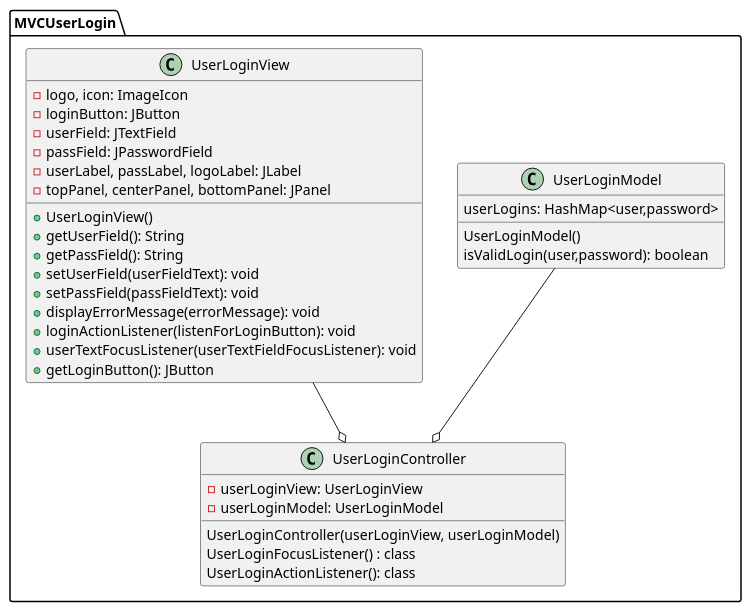
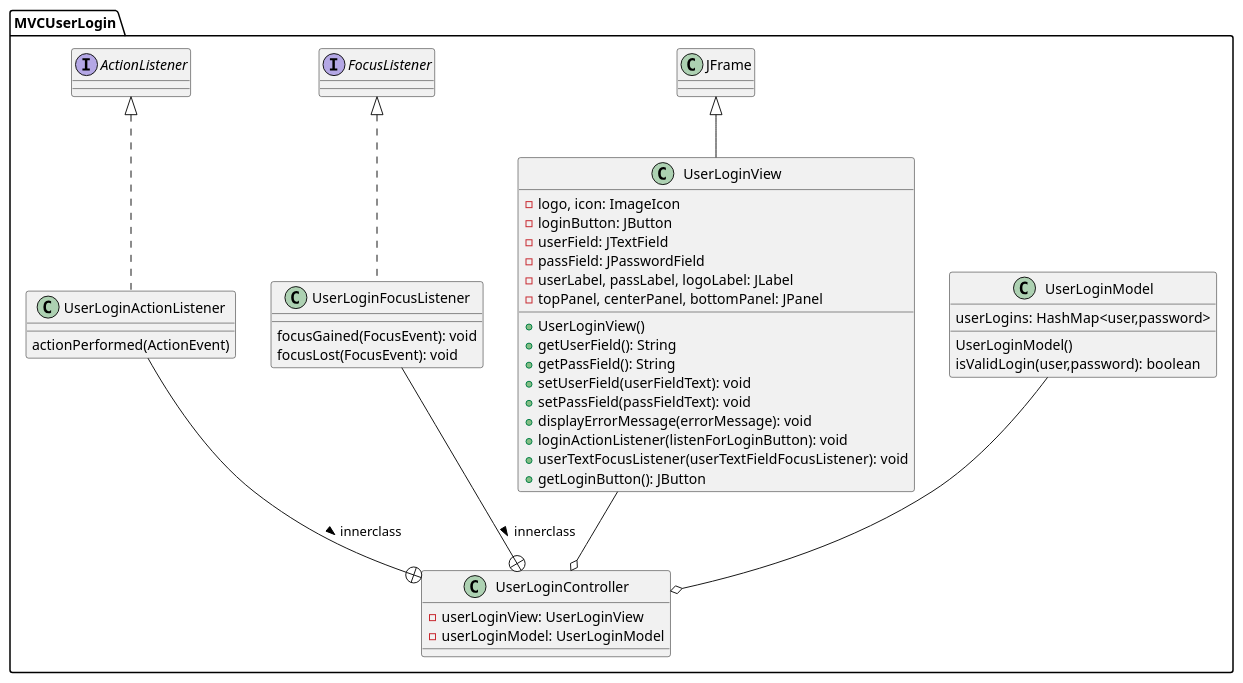
The diagram in Docs/MVCUserLogin.puml (kaasszje/Zovoc-Leden-Beheer), drawn with PlantUML before and after one commit. The commit also changed 7 other files, not shown here.

```diff
--- a/Docs/MVCUserLogin.puml
+++ b/Docs/MVCUserLogin.puml
@@ -1,44 +1,51 @@
 @startuml
 'https://plantuml.com/class-diagram
 
 
 package MVCUserLogin {
 class UserLoginModel {
     userLogins: HashMap<user,password>
     UserLoginModel()
     isValidLogin(user,password): boolean
 }
 
-class UserLoginView {
+class UserLoginView extends JFrame {
     -logo, icon: ImageIcon
     -loginButton: JButton
     -userField: JTextField
     -passField: JPasswordField
     -userLabel, passLabel, logoLabel: JLabel
     -topPanel, centerPanel, bottomPanel: JPanel
     +UserLoginView()
     +getUserField(): String
     +getPassField(): String
     +setUserField(userFieldText): void
     +setPassField(passFieldText): void
     +displayErrorMessage(errorMessage): void
     +loginActionListener(listenForLoginButton): void
     +userTextFocusListener(userTextFieldFocusListener): void
     +getLoginButton(): JButton
 }
 
 class UserLoginController {
     -userLoginView: UserLoginView
     -userLoginModel: UserLoginModel
-    UserLoginController(userLoginView, userLoginModel)
-    UserLoginFocusListener() : class
-    UserLoginActionListener(): class
+}
 
+class UserLoginFocusListener implements FocusListener {
+    focusGained(FocusEvent): void
+    focusLost(FocusEvent): void
+}
+
+class UserLoginActionListener implements ActionListener {
+    actionPerformed(ActionEvent)
 }
 
 UserLoginView --o UserLoginController
 UserLoginModel --o UserLoginController
+UserLoginActionListener --+ UserLoginController : innerclass >
+UserLoginFocusListener --+ UserLoginController : innerclass >
 
 }
 
 @enduml
```
